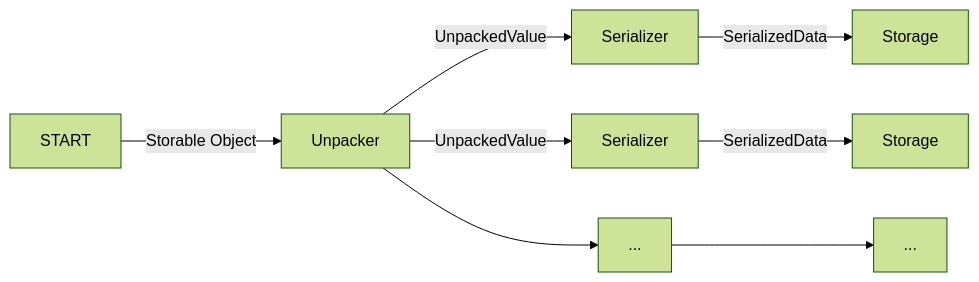
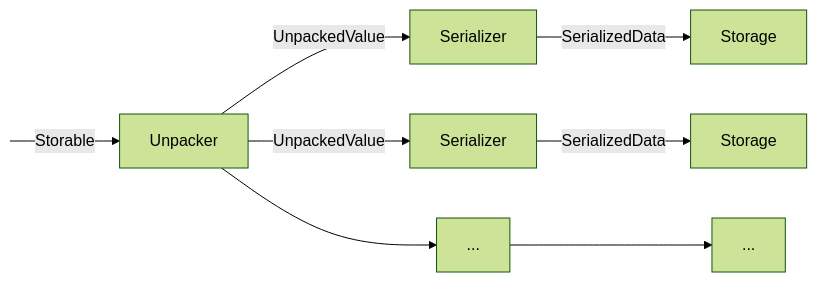
Before and after one commit to rmorshea/labox: the diagram in docs/src/concepts/index.md, drawn with Mermaid (forest theme). The commit also changed other lines of this file, not shown here.

````diff
--- a/docs/src/concepts/index.md
+++ b/docs/src/concepts/index.md
@@ -9,10 +11,11 @@
-<pre class="mermaid" style="min-width: 100%;">
+```mermaid
 flowchart LR
-    START:::hidden -- Storable Object --> U[Unpacker]
+    START:::hidden -- Storable --> U[Unpacker]
     U -- UnpackedValue --> S1[Serializer]
     U -- UnpackedValue --> S2[Serializer]
     U --> S3[...]
     S1 -- SerializedData --> R1[Storage]
     S2 -- SerializedData --> R2[Storage]
     S3 --> R3[...]
-</pre>
+    classDef hidden display: none;
+```
````
